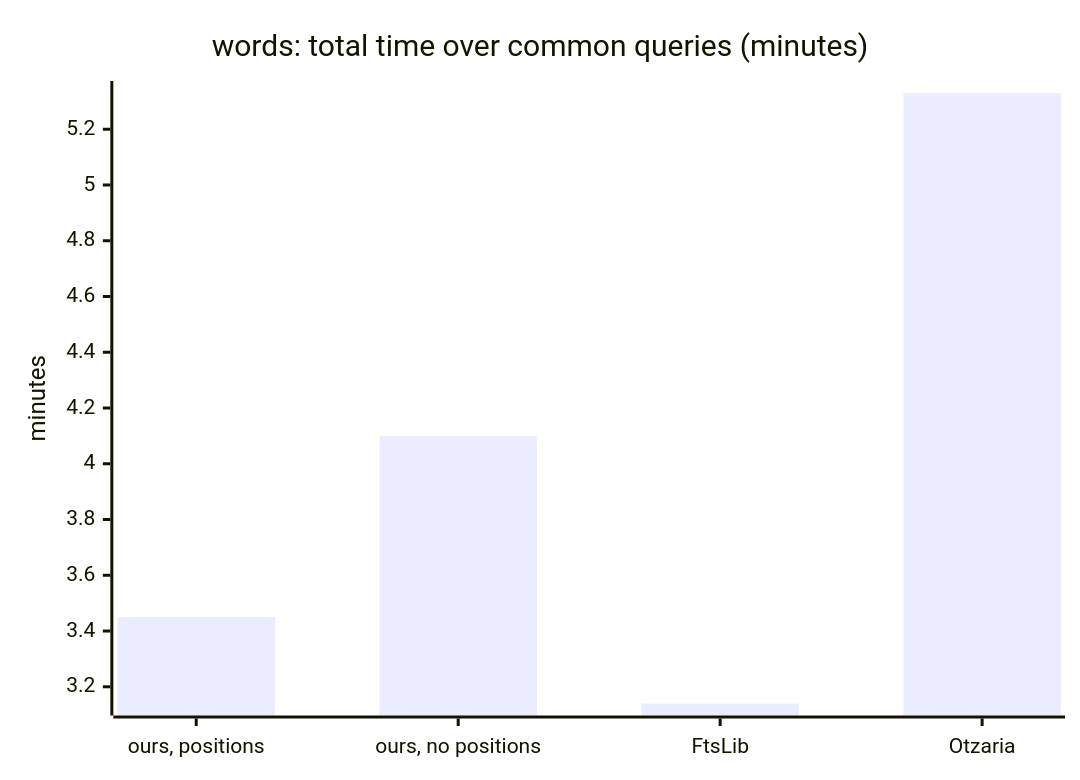
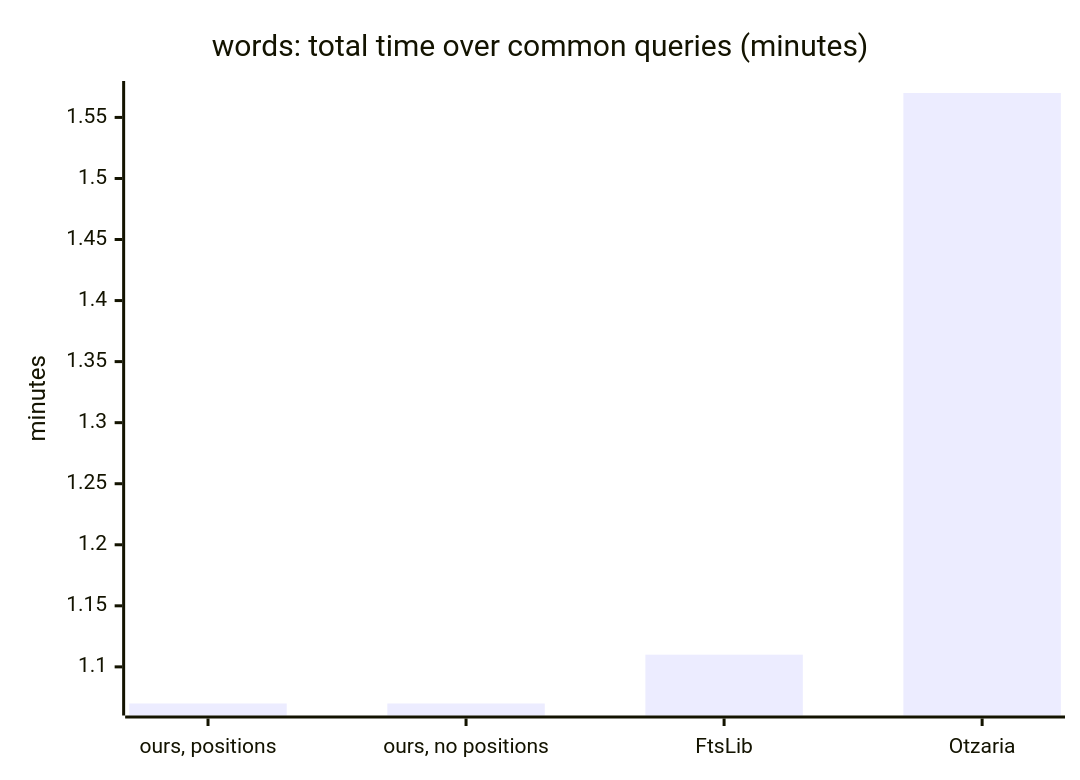
Before and after one commit to KleiKodesh/SeforimLibrarySearchEngine: the sixth of 11 diagrams in FTS-SPECS-AND-COMPARISONS.md, drawn with Mermaid. The commit also changed other lines of this file and 10 other files, not shown here.

````diff
--- a/FTS-SPECS-AND-COMPARISONS.md
+++ b/FTS-SPECS-AND-COMPARISONS.md
@@ -380,7 +391,7 @@
 ```mermaid
 xychart-beta
     title "words: total time over common queries (minutes)"
     x-axis ["ours, positions", "ours, no positions", "FtsLib", "Otzaria"]
     y-axis "minutes"
-    bar [3.45, 4.10, 3.14, 5.33]
+    bar [1.07, 1.07, 1.11, 1.57]
 ```
````
